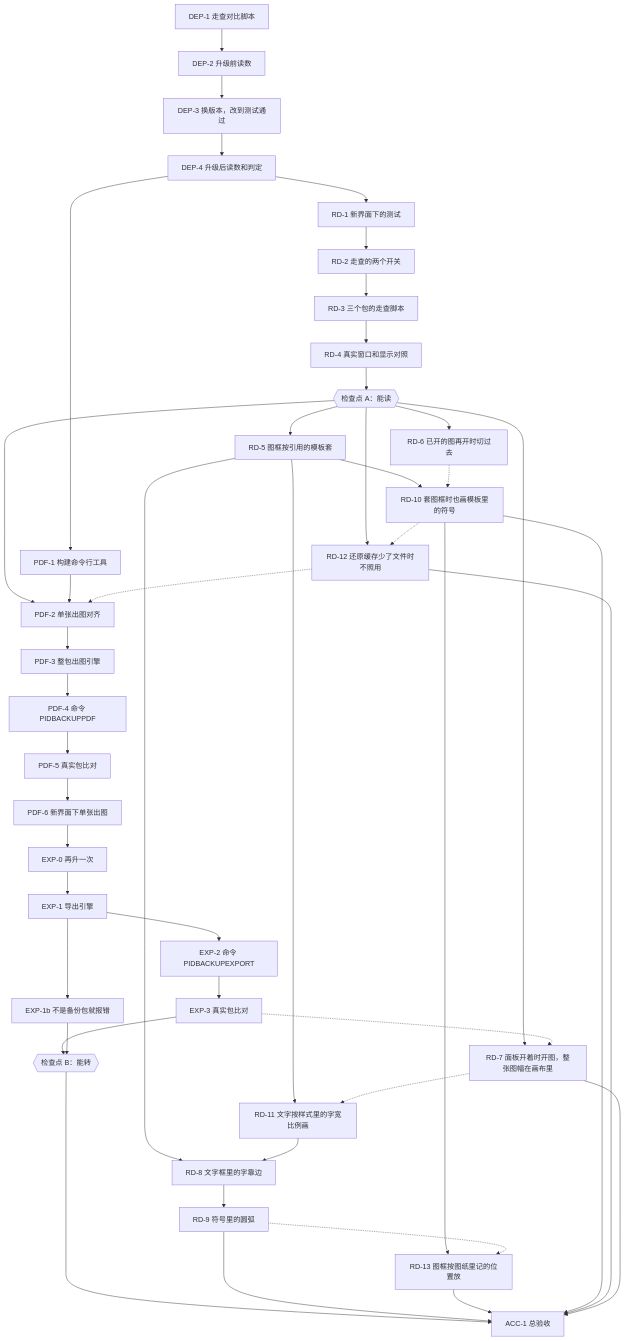
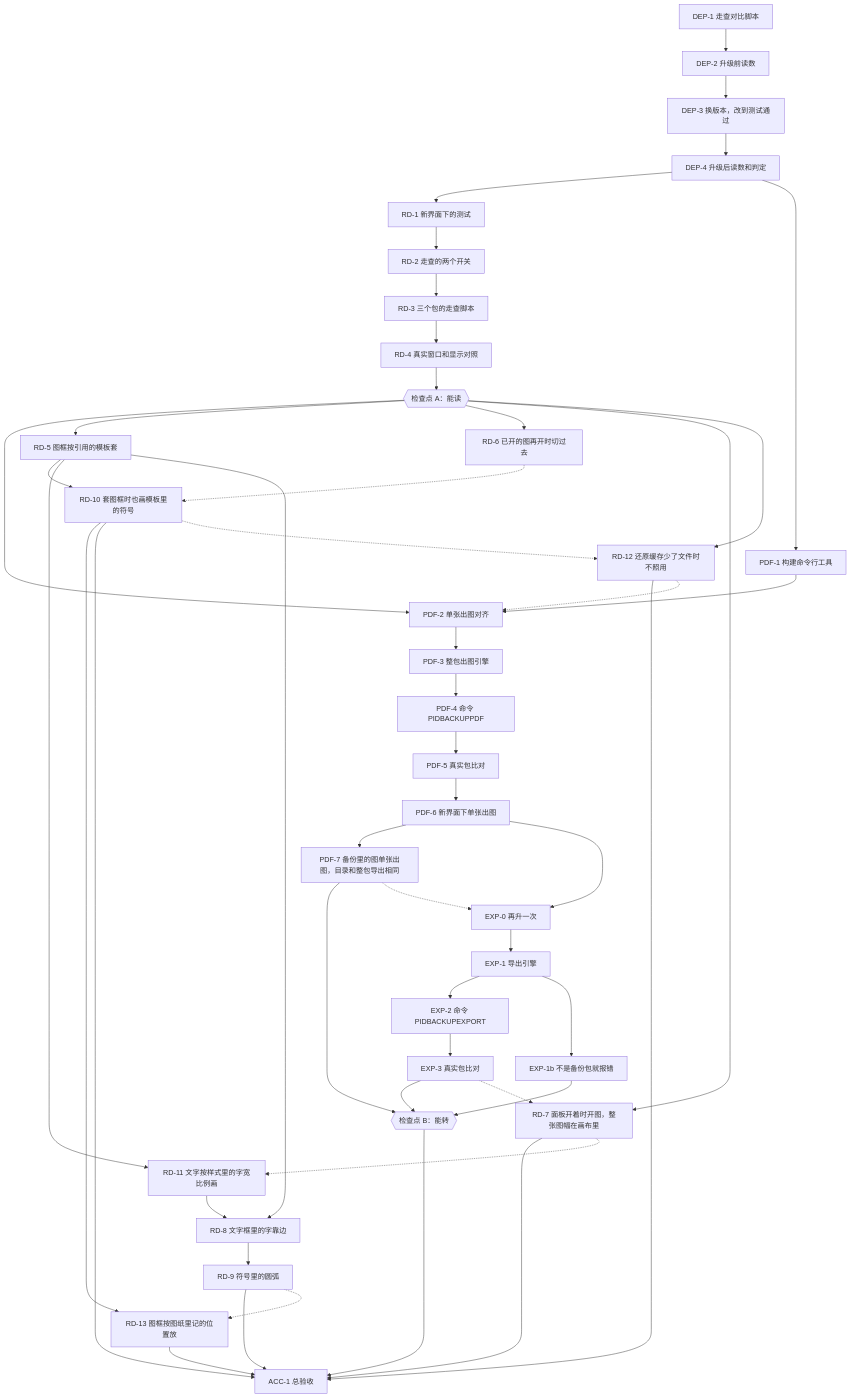
The diagram in docs/plans/2026-11-17-sppid-backup-publish/plan.md (happyrust/OpenCADStudio), drawn with Mermaid before and after one commit. The commit also changed other lines of this file and 5 other files, not shown here.

First line of the commit message:
PDF-6 新界面下单张出图的测试

````diff
--- a/docs/plans/2026-11-17-sppid-backup-publish/plan.md
+++ b/docs/plans/2026-11-17-sppid-backup-publish/plan.md
@@ -95,47 +95,50 @@
 ```mermaid
 flowchart TD
     DEP1["DEP-1 走查对比脚本"] --> DEP2["DEP-2 升级前读数"]
     DEP2 --> DEP3["DEP-3 换版本，改到测试通过"]
     DEP3 --> DEP4["DEP-4 升级后读数和判定"]
     DEP4 --> RD1["RD-1 新界面下的测试"]
     RD1 --> RD2["RD-2 走查的两个开关"]
     RD2 --> RD3["RD-3 三个包的走查脚本"]
     RD3 --> RD4["RD-4 真实窗口和显示对照"]
     RD4 --> A{{"检查点 A：能读"}}
     DEP4 --> PDF1["PDF-1 构建命令行工具"]
     A --> PDF2["PDF-2 单张出图对齐"]
     PDF1 --> PDF2
     PDF2 --> PDF3["PDF-3 整包出图引擎"]
     PDF3 --> PDF4["PDF-4 命令 PIDBACKUPPDF"]
     PDF4 --> PDF5["PDF-5 真实包比对"]
     PDF5 --> PDF6["PDF-6 新界面下单张出图"]
+    PDF6 --> PDF7["PDF-7 备份里的图单张出图，目录和整包导出相同"]
     PDF6 --> EXP0["EXP-0 再升一次"]
     EXP0 --> EXP1["EXP-1 导出引擎"]
     EXP1 --> EXP2["EXP-2 命令 PIDBACKUPEXPORT"]
     EXP2 --> EXP3["EXP-3 真实包比对"]
     EXP3 --> B{{"检查点 B：能转"}}
     EXP1 --> EXP1B["EXP-1b 不是备份包就报错"]
     EXP1B --> B
+    PDF7 --> B
     B --> ACC1["ACC-1 总验收"]
     A --> RD5["RD-5 图框按引用的模板套"]
     A --> RD6["RD-6 已开的图再开时切过去"]
     A --> RD7["RD-7 面板开着时开图，整张图幅在画布里"]
     RD5 --> RD10["RD-10 套图框时也画模板里的符号"]
     A --> RD12["RD-12 还原缓存少了文件时不照用"]
     RD5 --> RD11["RD-11 文字按样式里的字宽比例画"]
     RD5 --> RD8["RD-8 文字框里的字靠边"]
     RD11 --> RD8
     RD8 --> RD9["RD-9 符号里的圆弧"]
     RD9 --> ACC1
     RD10 --> RD13["RD-13 图框按图纸里记的位置放"]
     RD13 --> ACC1
     RD10 --> ACC1
     RD12 --> ACC1
     RD7 --> ACC1
     RD6 -.-> RD10
     RD10 -.-> RD12
     RD12 -.-> PDF2
     EXP3 -.-> RD7
     RD7 -.-> RD11
     RD9 -.-> RD13
+    PDF7 -.-> EXP0
 ```
````
